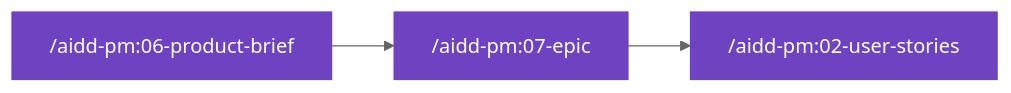
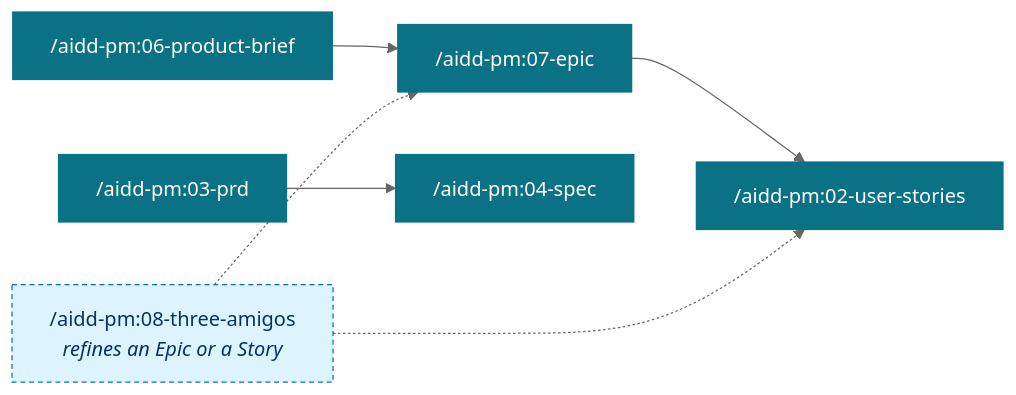
The ninth of 9 diagrams in docs/GUIDES.md (ai-driven-dev/framework), drawn with Mermaid (neutral theme) before and after one commit. The commit also changed other lines of this file and 18 other files, not shown here.

First line of the commit message:
docs: show the human in the loop and trim every document to tables and diagrams

````diff
--- a/docs/GUIDES.md
+++ b/docs/GUIDES.md
@@ -110,7 +229,11 @@
 ```mermaid
 flowchart LR
-  n0["/aidd-pm:06-product-brief"] --> n1["/aidd-pm:07-epic"] --> n2["/aidd-pm:02-user-stories"]
-  classDef step fill:#6f42c1,stroke:#6f42c1,color:#fff
-  classDef opt fill:#e9ddff,stroke:#6f42c1,stroke-dasharray:4 3,color:#3b1d78
-  class n0,n1,n2 step
+  brief["/aidd-pm:06-product-brief"] --> epic["/aidd-pm:07-epic"] --> stories["/aidd-pm:02-user-stories"]
+  prd["/aidd-pm:03-prd"] --> spec["/aidd-pm:04-spec"]
+  amigos["/aidd-pm:08-three-amigos<br/><i>refines an Epic or a Story</i>"] -.-> epic
+  amigos -.-> stories
+  classDef plan fill:#0b7285,stroke:#0b7285,color:#fff
+  classDef side fill:#ddf4ff,stroke:#0969da,stroke-dasharray:4 3,color:#0a3069
+  class brief,epic,stories,prd,spec plan
+  class amigos side
 ```
````
